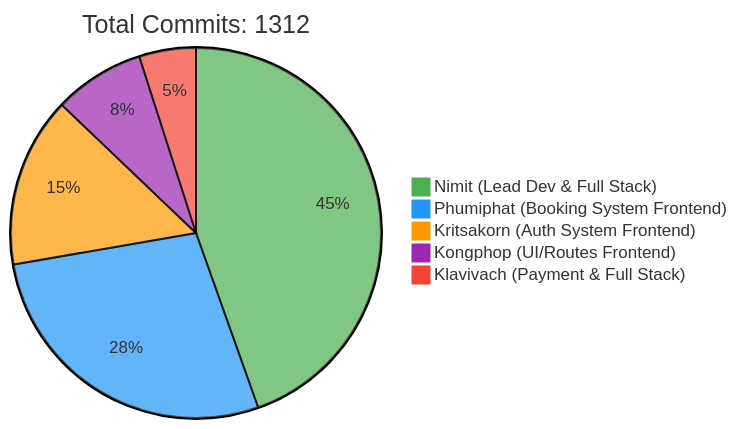
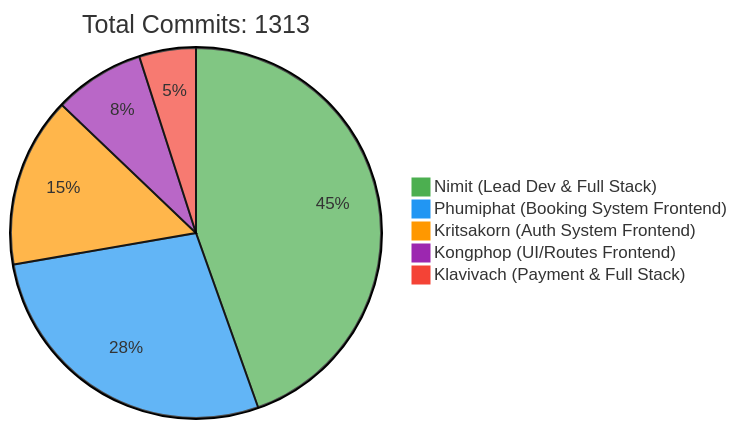
One commit to 6531503042/Sport-Complex changed the first of 2 diagrams in README.md. Above: the diagram before and after it, drawn with Mermaid. The commit also changed other lines of this file, not shown here.

Commit message:
docs: Update contributor statistics [skip ci]

````diff
--- a/README.md
+++ b/README.md
@@ -257,10 +257,10 @@
 ```mermaid
 %%{init: {'theme': 'base', 'themeVariables': { 'pie1': '#4CAF50', 'pie2': '#2196F3', 'pie3': '#FF9800', 'pie4': '#9C27B0', 'pie5': '#F44336'}}}%%
 pie
-    title Total Commits: 1312
+    title Total Commits: 1313
     "Nimit (Lead Dev & Full Stack)" : 450
     "Phumiphat (Booking System Frontend)" : 280
     "Kritsakorn (Auth System Frontend)" : 150
     "Kongphop (UI/Routes Frontend)" : 80
     "Klavivach (Payment & Full Stack)" : 50
 ```
````
